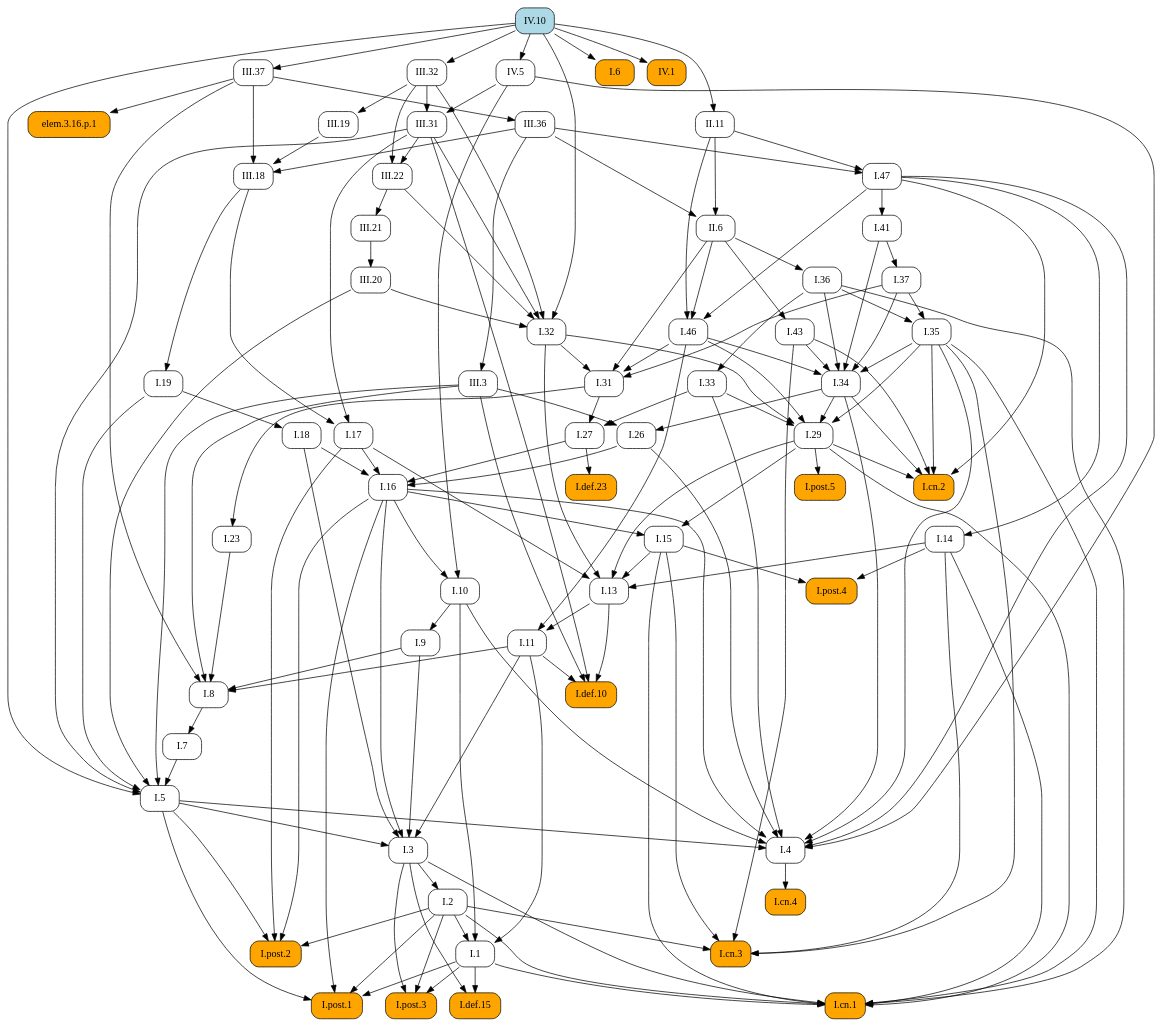
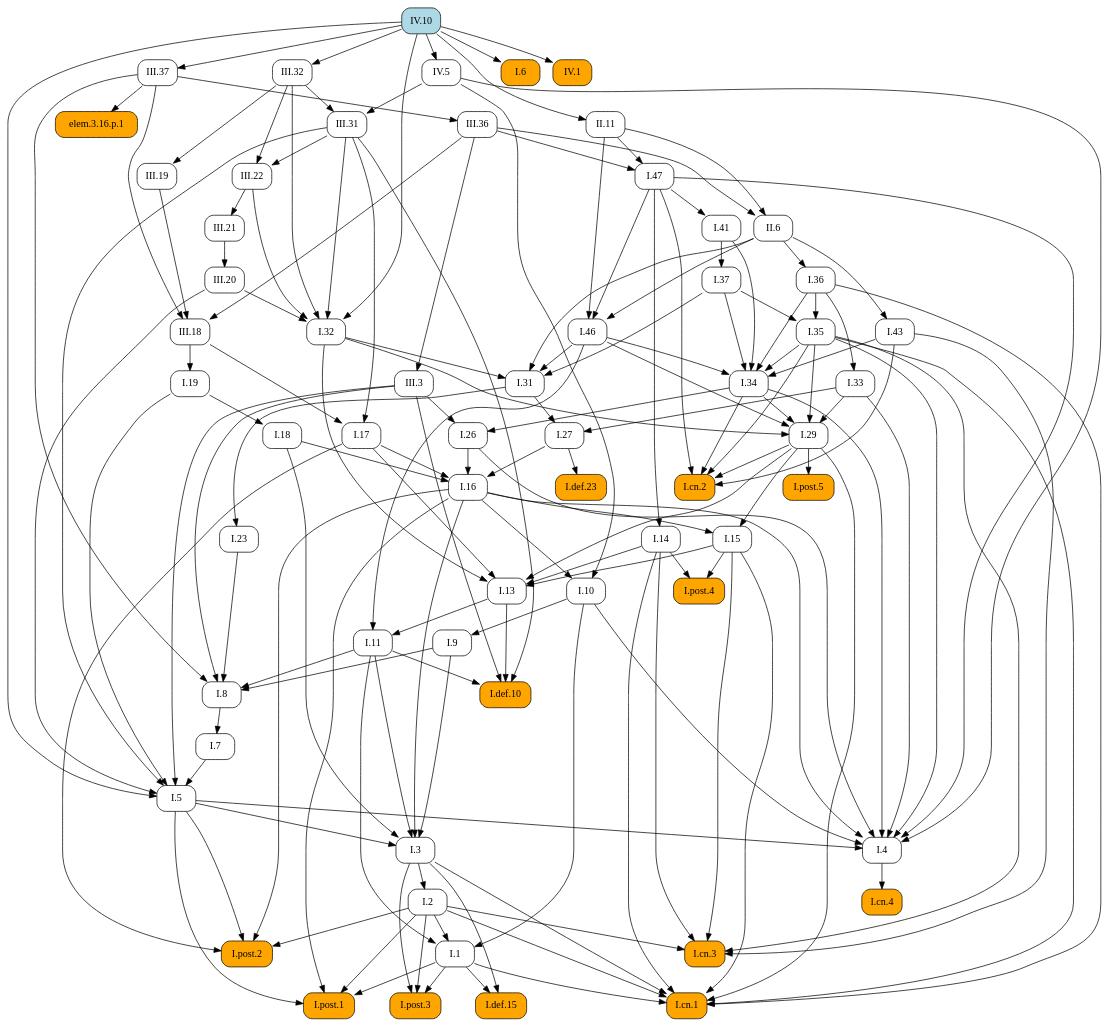
Before and after one commit to geometor/elements: the diagram in docsrc/elements2/IV/10/index.rst, drawn with Graphviz. The commit also changed other lines of this file and 409 other files, not shown here.

First line of the commit message:
feat: Add image cropping and graphic extraction script

```diff
--- a/docsrc/elements2/IV/10/index.rst
+++ b/docsrc/elements2/IV/10/index.rst
@@ -77,155 +77,97 @@
    digraph {
      rankdir="TB";
      node [shape=box, style=rounded];
+     "III.18" [URL="/elements2/III/18/", target="_top"];
+     "I.43" [URL="/elements2/I/43/", target="_top"];
+     "I.37" [URL="/elements2/I/37/", target="_top"];
+     "I.31" [URL="/elements2/I/31/", target="_top"];
+     "I.41" [URL="/elements2/I/41/", target="_top"];
      "I.8" [URL="/elements2/I/8/", target="_top"];
+     "I.5" [URL="/elements2/I/5/", target="_top"];
+     "I.47" [URL="/elements2/I/47/", target="_top"];
+     "III.36" [URL="/elements2/III/36/", target="_top"];
+     "I.15" [URL="/elements2/I/15/", target="_top"];
+     "I.17" [URL="/elements2/I/17/", target="_top"];
+     "I.26" [URL="/elements2/I/26/", target="_top"];
+     "I.cn.1" [style="rounded,filled", fillcolor=orange, URL="/elements2/I/cn.1/", target="_top"];
+     "elem.3.16.p.1" [style="rounded,filled", fillcolor=orange];
      "I.32" [URL="/elements2/I/32/", target="_top"];
+     "IV.5" [URL="/elements2/IV/5/", target="_top"];
+     "II.11" [URL="/elements2/II/11/", target="_top"];
+     "I.7" [URL="/elements2/I/7/", target="_top"];
+     "I.23" [URL="/elements2/I/23/", target="_top"];
+     "I.16" [URL="/elements2/I/16/", target="_top"];
+     "I.35" [URL="/elements2/I/35/", target="_top"];
+     "I.34" [URL="/elements2/I/34/", target="_top"];
+     "III.20" [URL="/elements2/III/20/", target="_top"];
+     "I.33" [URL="/elements2/I/33/", target="_top"];
+     "IV.10" [style="rounded,filled", fillcolor=lightblue, URL="/elements2/IV/10/", target="_top"];
+     "I.6" [style="rounded,filled", fillcolor=orange, URL="/elements2/I/6/", target="_top"];
+     "III.19" [URL="/elements2/III/19/", target="_top"];
+     "I.def.15" [style="rounded,filled", fillcolor=orange, URL="/elements2/I/def.15/", target="_top"];
      "I.46" [URL="/elements2/I/46/", target="_top"];
-     "III.36" [URL="/elements2/III/36/", target="_top"];
+     "III.31" [URL="/elements2/III/31/", target="_top"];
+     "I.def.10" [style="rounded,filled", fillcolor=orange, URL="/elements2/I/def.10/", target="_top"];
+     "I.11" [URL="/elements2/I/11/", target="_top"];
+     "I.19" [URL="/elements2/I/19/", target="_top"];
+     "I.post.4" [style="rounded,filled", fillcolor=orange, URL="/elements2/I/post.4/", target="_top"];
+     "I.def.23" [style="rounded,filled", fillcolor=orange, URL="/elements2/I/def.23/", target="_top"];
+     "I.post.5" [style="rounded,filled", fillcolor=orange, URL="/elements2/I/post.5/", target="_top"];
+     "I.18" [URL="/elements2/I/18/", target="_top"];
+     "I.3" [URL="/elements2/I/3/", target="_top"];
+     "III.22" [URL="/elements2/III/22/", target="_top"];
+     "I.14" [URL="/elements2/I/14/", target="_top"];
+     "I.10" [URL="/elements2/I/10/", target="_top"];
+     "III.21" [URL="/elements2/III/21/", target="_top"];
+     "I.cn.3" [style="rounded,filled", fillcolor=orange, URL="/elements2/I/cn.3/", target="_top"];
+     "I.13" [URL="/elements2/I/13/", target="_top"];
+     "I.4" [URL="/elements2/I/4/", target="_top"];
+     "I.post.3" [style="rounded,filled", fillcolor=orange, URL="/elements2/I/post.3/", target="_top"];
+     "III.32" [URL="/elements2/III/32/", target="_top"];
+     "III.3" [URL="/elements2/III/3/", target="_top"];
+     "III.37" [URL="/elements2/III/37/", target="_top"];
+     "I.9" [URL="/elements2/I/9/", target="_top"];
+     "I.29" [URL="/elements2/I/29/", target="_top"];
      "I.36" [URL="/elements2/I/36/", target="_top"];
-     "IV.5" [URL="/elements2/IV/5/", target="_top"];
      "I.post.1" [style="rounded,filled", fillcolor=orange, URL="/elements2/I/post.1/", target="_top"];
-     "I.47" [URL="/elements2/I/47/", target="_top"];
-     "I.14" [URL="/elements2/I/14/", target="_top"];
-     "I.33" [URL="/elements2/I/33/", target="_top"];
-     "I.5" [URL="/elements2/I/5/", target="_top"];
-     "I.post.5" [style="rounded,filled", fillcolor=orange, URL="/elements2/I/post.5/", target="_top"];
-     "III.37" [URL="/elements2/III/37/", target="_top"];
-     "I.def.10" [style="rounded,filled", fillcolor=orange, URL="/elements2/I/def.10/", target="_top"];
-     "III.3" [URL="/elements2/III/3/", target="_top"];
-     "I.cn.2" [style="rounded,filled", fillcolor=orange, URL="/elements2/I/cn.2/", target="_top"];
-     "III.22" [URL="/elements2/III/22/", target="_top"];
-     "II.11" [URL="/elements2/II/11/", target="_top"];
-     "elem.3.16.p.1" [style="rounded,filled", fillcolor=orange];
-     "I.def.15" [style="rounded,filled", fillcolor=orange, URL="/elements2/I/def.15/", target="_top"];
-     "III.31" [URL="/elements2/III/31/", target="_top"];
-     "I.31" [URL="/elements2/I/31/", target="_top"];
-     "I.11" [URL="/elements2/I/11/", target="_top"];
-     "I.43" [URL="/elements2/I/43/", target="_top"];
-     "I.3" [URL="/elements2/I/3/", target="_top"];
-     "I.post.2" [style="rounded,filled", fillcolor=orange, URL="/elements2/I/post.2/", target="_top"];
-     "I.def.23" [style="rounded,filled", fillcolor=orange, URL="/elements2/I/def.23/", target="_top"];
-     "I.6" [style="rounded,filled", fillcolor=orange, URL="/elements2/I/6/", target="_top"];
-     "I.26" [URL="/elements2/I/26/", target="_top"];
-     "I.19" [URL="/elements2/I/19/", target="_top"];
-     "IV.1" [style="rounded,filled", fillcolor=orange, URL="/elements2/IV/1/", target="_top"];
-     "I.cn.4" [style="rounded,filled", fillcolor=orange, URL="/elements2/I/cn.4/", target="_top"];
-     "I.1" [URL="/elements2/I/1/", target="_top"];
-     "I.cn.3" [style="rounded,filled", fillcolor=orange, URL="/elements2/I/cn.3/", target="_top"];
-     "III.21" [URL="/elements2/III/21/", target="_top"];
-     "I.7" [URL="/elements2/I/7/", target="_top"];
-     "I.17" [URL="/elements2/I/17/", target="_top"];
-     "III.20" [URL="/elements2/III/20/", target="_top"];
-     "I.9" [URL="/elements2/I/9/", target="_top"];
-     "III.32" [URL="/elements2/III/32/", target="_top"];
-     "I.cn.1" [style="rounded,filled", fillcolor=orange, URL="/elements2/I/cn.1/", target="_top"];
-     "I.29" [URL="/elements2/I/29/", target="_top"];
-     "III.19" [URL="/elements2/III/19/", target="_top"];
-     "I.post.4" [style="rounded,filled", fillcolor=orange, URL="/elements2/I/post.4/", target="_top"];
-     "I.13" [URL="/elements2/I/13/", target="_top"];
-     "I.16" [URL="/elements2/I/16/", target="_top"];
-     "I.18" [URL="/elements2/I/18/", target="_top"];
-     "I.41" [URL="/elements2/I/41/", target="_top"];
-     "I.35" [URL="/elements2/I/35/", target="_top"];
      "I.2" [URL="/elements2/I/2/", target="_top"];
      "II.6" [URL="/elements2/II/6/", target="_top"];
      "I.27" [URL="/elements2/I/27/", target="_top"];
-     "I.37" [URL="/elements2/I/37/", target="_top"];
-     "IV.10" [style="rounded,filled", fillcolor=lightblue, URL="/elements2/IV/10/", target="_top"];
-     "I.4" [URL="/elements2/I/4/", target="_top"];
-     "III.18" [URL="/elements2/III/18/", target="_top"];
-     "I.10" [URL="/elements2/I/10/", target="_top"];
-     "I.15" [URL="/elements2/I/15/", target="_top"];
-     "I.34" [URL="/elements2/I/34/", target="_top"];
-     "I.23" [URL="/elements2/I/23/", target="_top"];
-     "I.post.3" [style="rounded,filled", fillcolor=orange, URL="/elements2/I/post.3/", target="_top"];
+     "I.cn.4" [style="rounded,filled", fillcolor=orange, URL="/elements2/I/cn.4/", target="_top"];
+     "I.cn.2" [style="rounded,filled", fillcolor=orange, URL="/elements2/I/cn.2/", target="_top"];
+     "I.1" [URL="/elements2/I/1/", target="_top"];
+     "IV.1" [style="rounded,filled", fillcolor=orange, URL="/elements2/IV/1/", target="_top"];
+     "I.post.2" [style="rounded,filled", fillcolor=orange, URL="/elements2/I/post.2/", target="_top"];
+     "III.19" -> "III.18";
+     "III.36" -> "III.18";
+     "III.37" -> "III.18";
+     "II.6" -> "I.43";
+     "I.41" -> "I.37";
+     "I.32" -> "I.31";
+     "I.37" -> "I.31";
+     "I.46" -> "I.31";
+     "II.6" -> "I.31";
+     "I.47" -> "I.41";
      "I.9" -> "I.8";
      "I.11" -> "I.8";
      "I.23" -> "I.8";
      "III.3" -> "I.8";
      "III.37" -> "I.8";
-     "III.20" -> "I.32";
-     "III.22" -> "I.32";
-     "III.31" -> "I.32";
-     "III.32" -> "I.32";
-     "IV.10" -> "I.32";
-     "I.47" -> "I.46";
-     "II.6" -> "I.46";
-     "II.11" -> "I.46";
-     "III.37" -> "III.36";
-     "II.6" -> "I.36";
-     "IV.10" -> "IV.5";
-     "I.1" -> "I.post.1";
-     "I.2" -> "I.post.1";
-     "I.5" -> "I.post.1";
-     "I.16" -> "I.post.1";
-     "II.11" -> "I.47";
-     "III.36" -> "I.47";
-     "I.47" -> "I.14";
-     "I.36" -> "I.33";
      "I.7" -> "I.5";
      "I.19" -> "I.5";
      "III.3" -> "I.5";
      "III.20" -> "I.5";
      "III.31" -> "I.5";
      "IV.10" -> "I.5";
-     "I.29" -> "I.post.5";
-     "IV.10" -> "III.37";
-     "I.11" -> "I.def.10";
-     "I.13" -> "I.def.10";
-     "III.3" -> "I.def.10";
-     "III.31" -> "I.def.10";
-     "III.36" -> "III.3";
-     "I.29" -> "I.cn.2";
-     "I.34" -> "I.cn.2";
-     "I.35" -> "I.cn.2";
-     "I.43" -> "I.cn.2";
-     "I.47" -> "I.cn.2";
-     "III.31" -> "III.22";
-     "III.32" -> "III.22";
-     "IV.10" -> "II.11";
-     "III.37" -> "elem.3.16.p.1";
-     "I.1" -> "I.def.15";
-     "I.3" -> "I.def.15";
-     "III.32" -> "III.31";
-     "IV.5" -> "III.31";
-     "I.32" -> "I.31";
-     "I.37" -> "I.31";
-     "I.46" -> "I.31";
-     "II.6" -> "I.31";
-     "I.13" -> "I.11";
-     "I.46" -> "I.11";
-     "II.6" -> "I.43";
-     "I.5" -> "I.3";
-     "I.9" -> "I.3";
-     "I.11" -> "I.3";
-     "I.16" -> "I.3";
-     "I.18" -> "I.3";
-     "I.2" -> "I.post.2";
-     "I.5" -> "I.post.2";
-     "I.16" -> "I.post.2";
-     "I.17" -> "I.post.2";
-     "I.27" -> "I.def.23";
-     "IV.10" -> "I.6";
+     "II.11" -> "I.47";
+     "III.36" -> "I.47";
+     "III.37" -> "III.36";
+     "I.16" -> "I.15";
+     "I.29" -> "I.15";
+     "III.18" -> "I.17";
+     "III.31" -> "I.17";
      "I.34" -> "I.26";
      "III.3" -> "I.26";
-     "III.18" -> "I.19";
-     "IV.10" -> "IV.1";
-     "I.4" -> "I.cn.4";
-     "I.2" -> "I.1";
-     "I.10" -> "I.1";
-     "I.11" -> "I.1";
-     "I.2" -> "I.cn.3";
-     "I.14" -> "I.cn.3";
-     "I.15" -> "I.cn.3";
-     "I.35" -> "I.cn.3";
-     "I.43" -> "I.cn.3";
-     "III.22" -> "III.21";
-     "I.8" -> "I.7";
-     "III.18" -> "I.17";
-     "III.31" -> "I.17";
-     "III.21" -> "III.20";
-     "I.10" -> "I.9";
-     "IV.10" -> "III.32";
      "I.1" -> "I.cn.1";
      "I.2" -> "I.cn.1";
      "I.3" -> "I.cn.1";
@@ -234,33 +176,72 @@
      "I.29" -> "I.cn.1";
      "I.35" -> "I.cn.1";
      "I.36" -> "I.cn.1";
-     "I.32" -> "I.29";
-     "I.33" -> "I.29";
-     "I.34" -> "I.29";
-     "I.35" -> "I.29";
-     "I.46" -> "I.29";
+     "III.37" -> "elem.3.16.p.1";
+     "III.20" -> "I.32";
+     "III.22" -> "I.32";
+     "III.31" -> "I.32";
+     "III.32" -> "I.32";
+     "IV.10" -> "I.32";
+     "IV.10" -> "IV.5";
+     "IV.10" -> "II.11";
+     "I.8" -> "I.7";
+     "I.31" -> "I.23";
+     "I.17" -> "I.16";
+     "I.18" -> "I.16";
+     "I.26" -> "I.16";
+     "I.27" -> "I.16";
+     "I.36" -> "I.35";
+     "I.37" -> "I.35";
+     "I.35" -> "I.34";
+     "I.36" -> "I.34";
+     "I.37" -> "I.34";
+     "I.41" -> "I.34";
+     "I.43" -> "I.34";
+     "I.46" -> "I.34";
+     "III.21" -> "III.20";
+     "I.36" -> "I.33";
+     "IV.10" -> "I.6";
      "III.32" -> "III.19";
+     "I.1" -> "I.def.15";
+     "I.3" -> "I.def.15";
+     "I.47" -> "I.46";
+     "II.6" -> "I.46";
+     "II.11" -> "I.46";
+     "III.32" -> "III.31";
+     "IV.5" -> "III.31";
+     "I.11" -> "I.def.10";
+     "I.13" -> "I.def.10";
+     "III.3" -> "I.def.10";
+     "III.31" -> "I.def.10";
+     "I.13" -> "I.11";
+     "I.46" -> "I.11";
+     "III.18" -> "I.19";
      "I.14" -> "I.post.4";
      "I.15" -> "I.post.4";
+     "I.27" -> "I.def.23";
+     "I.29" -> "I.post.5";
+     "I.19" -> "I.18";
+     "I.5" -> "I.3";
+     "I.9" -> "I.3";
+     "I.11" -> "I.3";
+     "I.16" -> "I.3";
+     "I.18" -> "I.3";
+     "III.31" -> "III.22";
+     "III.32" -> "III.22";
+     "I.47" -> "I.14";
+     "I.16" -> "I.10";
+     "IV.5" -> "I.10";
+     "III.22" -> "III.21";
+     "I.2" -> "I.cn.3";
+     "I.14" -> "I.cn.3";
+     "I.15" -> "I.cn.3";
+     "I.35" -> "I.cn.3";
+     "I.43" -> "I.cn.3";
      "I.14" -> "I.13";
      "I.15" -> "I.13";
      "I.17" -> "I.13";
      "I.29" -> "I.13";
      "I.32" -> "I.13";
-     "I.17" -> "I.16";
-     "I.18" -> "I.16";
-     "I.26" -> "I.16";
-     "I.27" -> "I.16";
-     "I.19" -> "I.18";
-     "I.47" -> "I.41";
-     "I.36" -> "I.35";
-     "I.37" -> "I.35";
-     "I.3" -> "I.2";
-     "II.11" -> "II.6";
-     "III.36" -> "II.6";
-     "I.31" -> "I.27";
-     "I.33" -> "I.27";
-     "I.41" -> "I.37";
      "I.5" -> "I.4";
      "I.10" -> "I.4";
      "I.16" -> "I.4";
@@ -270,21 +251,40 @@
      "I.35" -> "I.4";
      "I.47" -> "I.4";
      "IV.5" -> "I.4";
-     "III.19" -> "III.18";
-     "III.36" -> "III.18";
-     "III.37" -> "III.18";
-     "I.16" -> "I.10";
-     "IV.5" -> "I.10";
-     "I.16" -> "I.15";
-     "I.29" -> "I.15";
-     "I.35" -> "I.34";
-     "I.36" -> "I.34";
-     "I.37" -> "I.34";
-     "I.41" -> "I.34";
-     "I.43" -> "I.34";
-     "I.46" -> "I.34";
-     "I.31" -> "I.23";
      "I.1" -> "I.post.3";
      "I.2" -> "I.post.3";
      "I.3" -> "I.post.3";
+     "IV.10" -> "III.32";
+     "III.36" -> "III.3";
+     "IV.10" -> "III.37";
+     "I.10" -> "I.9";
+     "I.32" -> "I.29";
+     "I.33" -> "I.29";
+     "I.34" -> "I.29";
+     "I.35" -> "I.29";
+     "I.46" -> "I.29";
+     "II.6" -> "I.36";
+     "I.1" -> "I.post.1";
+     "I.2" -> "I.post.1";
+     "I.5" -> "I.post.1";
+     "I.16" -> "I.post.1";
+     "I.3" -> "I.2";
+     "II.11" -> "II.6";
+     "III.36" -> "II.6";
+     "I.31" -> "I.27";
+     "I.33" -> "I.27";
+     "I.4" -> "I.cn.4";
+     "I.29" -> "I.cn.2";
+     "I.34" -> "I.cn.2";
+     "I.35" -> "I.cn.2";
+     "I.43" -> "I.cn.2";
+     "I.47" -> "I.cn.2";
+     "I.2" -> "I.1";
+     "I.10" -> "I.1";
+     "I.11" -> "I.1";
+     "IV.10" -> "IV.1";
+     "I.2" -> "I.post.2";
+     "I.5" -> "I.post.2";
+     "I.16" -> "I.post.2";
+     "I.17" -> "I.post.2";
    }
```
